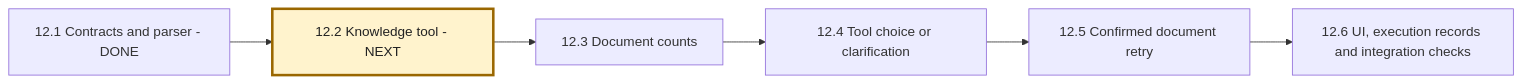
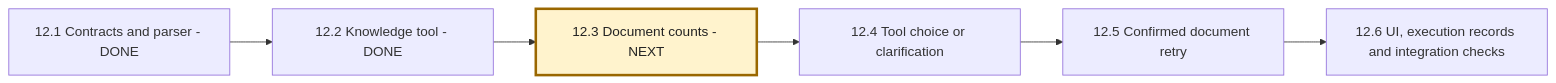
Before and after one commit to msdian0007/nexaAi: the fourth of 4 diagrams in NEXAAI_ROADMAP.md, drawn with Mermaid. The commit also changed other lines of this file and 6 other files, not shown here.

Commit message:
connect the knowledge-answer tool

````diff
--- a/NEXAAI_ROADMAP.md
+++ b/NEXAAI_ROADMAP.md
@@ -304,9 +305,9 @@
 ```mermaid
 flowchart LR
-    A[12.1 Contracts and parser - DONE] --> B[12.2 Knowledge tool - NEXT]
-    B --> C[12.3 Document counts]
+    A[12.1 Contracts and parser - DONE] --> B[12.2 Knowledge tool - DONE]
+    B --> C[12.3 Document counts - NEXT]
     C --> D[12.4 Tool choice or clarification]
     D --> E[12.5 Confirmed document retry]
     E --> F[12.6 UI, execution records and integration checks]
-    style B fill:#fff3cd,stroke:#9a6700,stroke-width:3px,color:#222
+    style C fill:#fff3cd,stroke:#9a6700,stroke-width:3px,color:#222
 ```
````
